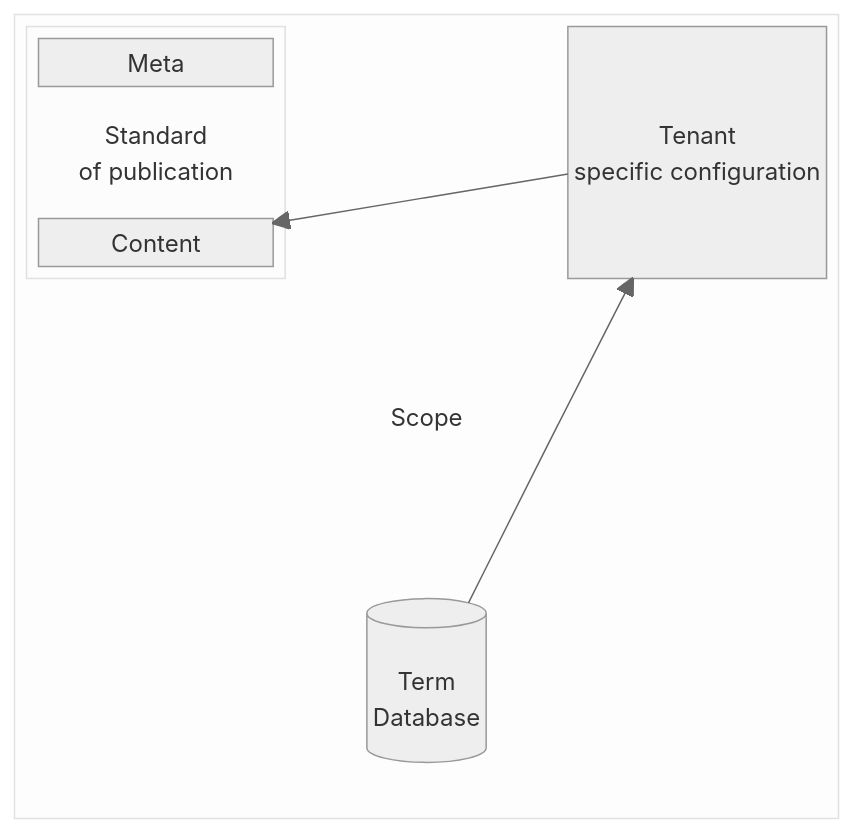
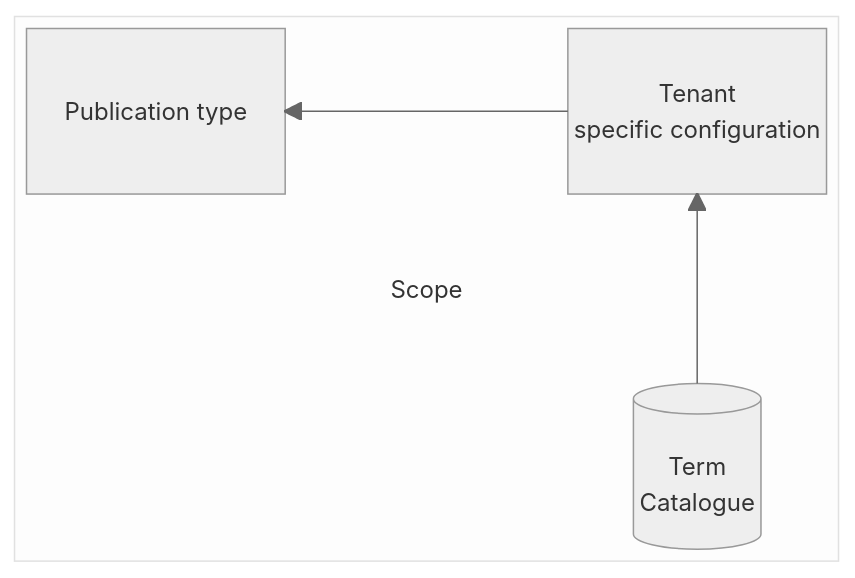
The first of 2 diagrams in README.md (officialgazette/publication-standard), drawn with Mermaid before and after one commit. The commit also changed other lines of this file, not shown here.

````diff
--- a/README.md
+++ b/README.md
@@ -38,35 +57,28 @@
 ```mermaid
 
 %%{
   init: {
     'theme': 'neutral'
   }
 }%%
 
 block-beta
 
 block:scope["Scope"]
 
 columns 3
-block:standard["Standard
-of publication"]:1
-columns 1
-Meta
-space
-space
-Content
-end
-Meta space Terms["Tenant
+standard["Publication type"]:1
+space Terms["Tenant
 specific configuration"]
 space:3
-Content space termDB[("
+space space termDB[("
 Term
-Database")]
+Catalogue")]
 
 end
 
 
 
-Terms --> Content
+Terms --> standard
 termDB --> Terms
 ```
````
